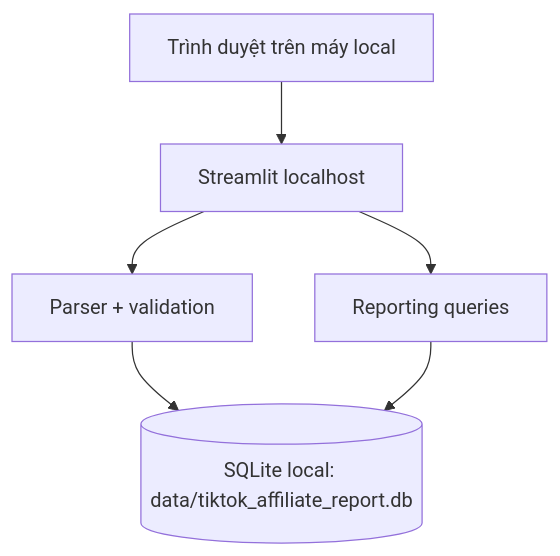
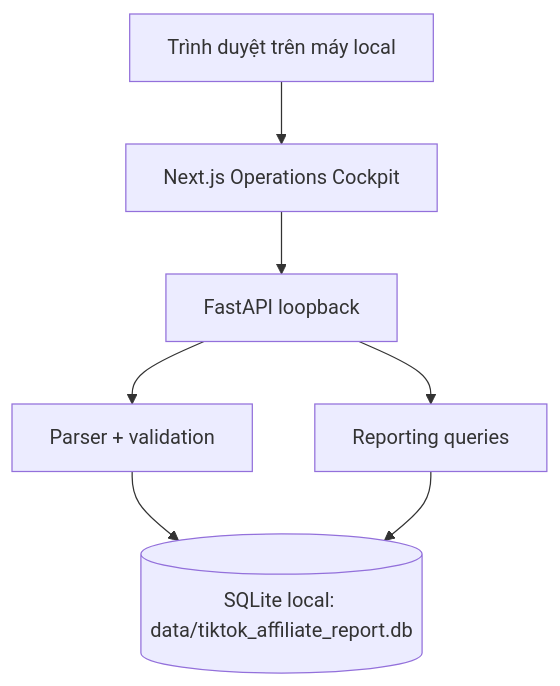
One commit to anhtahaylove/affiliate-report changed the second of 2 diagrams in docs/PRD-TikTok-Affiliate-Report.md. Above: the diagram before and after it, drawn with Mermaid. The commit also changed other lines of this file and 29 other files, not shown here.

Commit message:
feat: ship Operations Cockpit local web app

````diff
--- a/docs/PRD-TikTok-Affiliate-Report.md
+++ b/docs/PRD-TikTok-Affiliate-Report.md
@@ -174,8 +174,9 @@
 ```mermaid
 flowchart TB
-    U["Trình duyệt trên máy local"] --> S["Streamlit localhost"]
-    S --> P["Parser + validation"]
-    S --> R["Reporting queries"]
+    U["Trình duyệt trên máy local"] --> W["Next.js Operations Cockpit"]
+    W --> A["FastAPI loopback"]
+    A --> P["Parser + validation"]
+    A --> R["Reporting queries"]
     P --> DB[("SQLite local: data/tiktok_affiliate_report.db")]
     R --> DB
 ```
````
